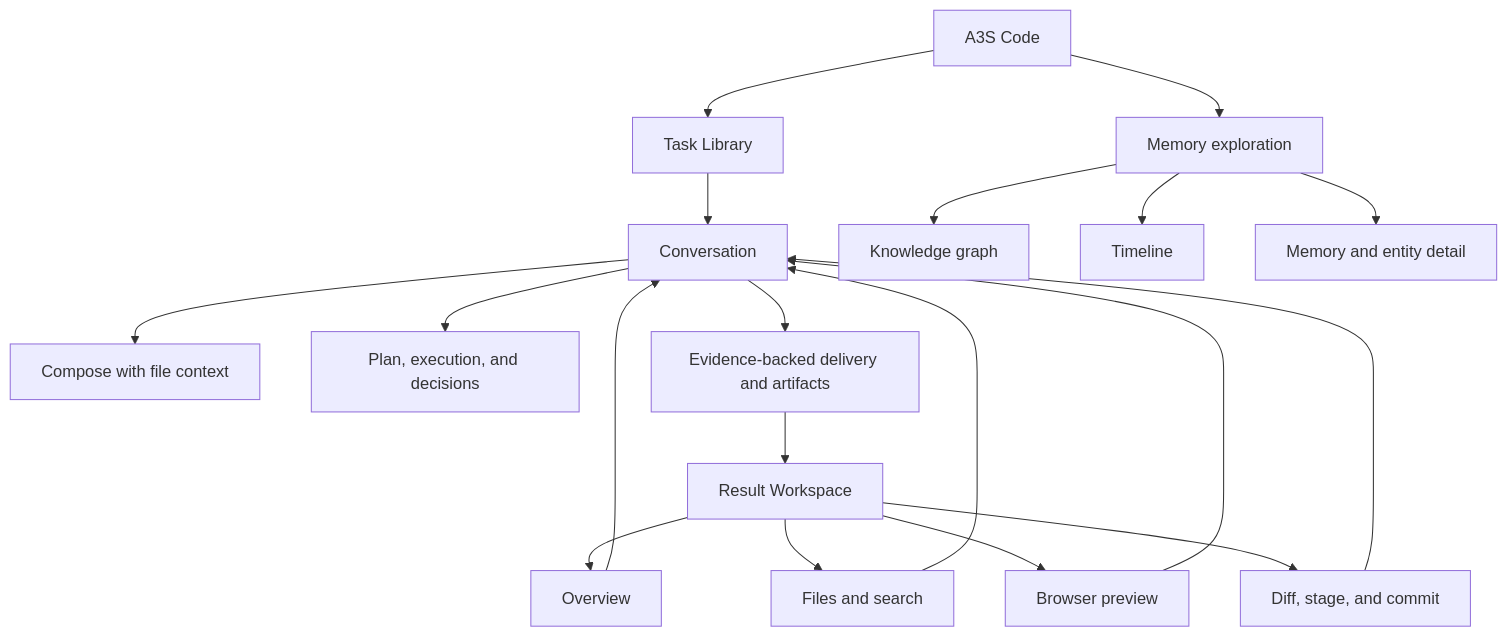
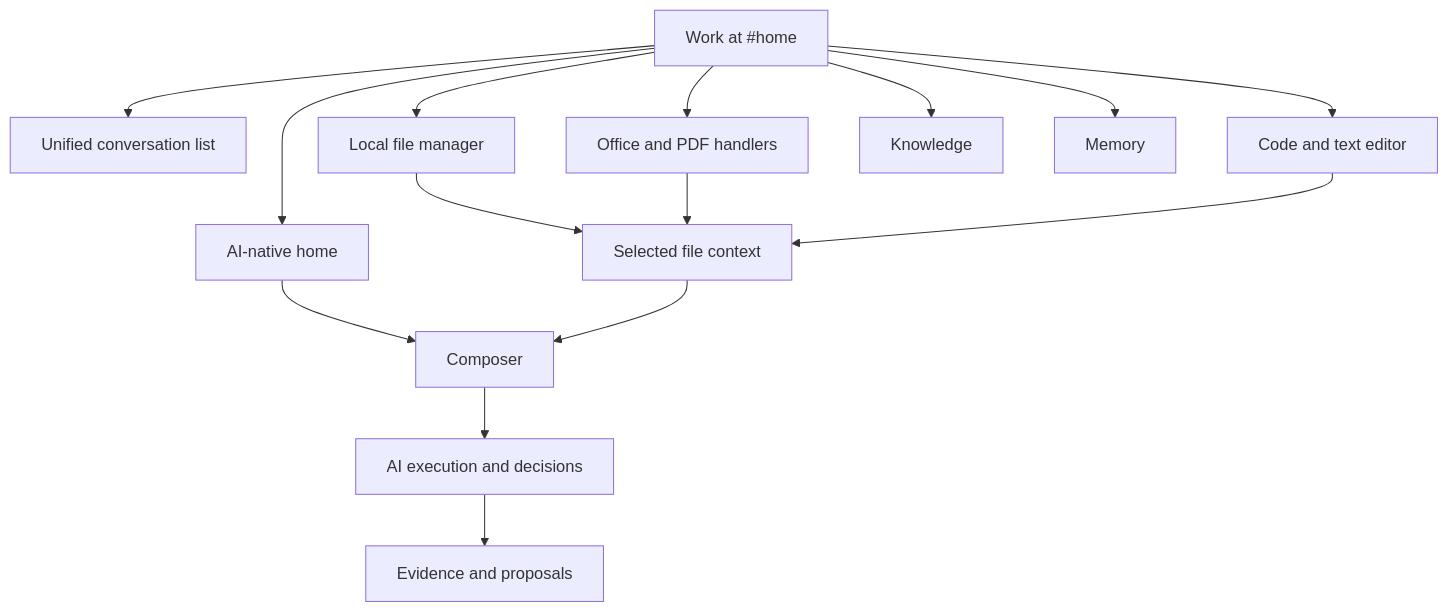
One commit to A3S-Lab/a3s changed the diagram in apps/web/docs/FUNCTIONAL_SPEC.md. Above: the diagram before and after it, drawn with Mermaid. The commit also changed other lines of this file and 107 other files, not shown here.

Commit message:
feat(web): unify work into an AI-native workspace

````diff
--- a/apps/web/docs/FUNCTIONAL_SPEC.md
+++ b/apps/web/docs/FUNCTIONAL_SPEC.md
@@ -44,22 +54,18 @@
 ```mermaid
 flowchart TB
-    Code[A3S Code]
-    Code --> Tasks[Task Library]
-    Tasks --> Conversation
-    Conversation --> Compose[Compose with file context]
-    Conversation --> Execute[Plan, execution, and decisions]
-    Conversation --> Deliver[Evidence-backed delivery and artifacts]
-    Deliver --> Results[Result Workspace]
-    Results --> Overview
-    Results --> Files[Files and search]
-    Results --> Browser[Browser preview]
-    Results --> Changes[Diff, stage, and commit]
-    Code --> Memory[Memory exploration]
-    Memory --> Graph[Knowledge graph]
-    Memory --> Timeline[Timeline]
-    Memory --> Inspector[Memory and entity detail]
-    Overview --> Conversation
-    Files --> Conversation
-    Browser --> Conversation
-    Changes --> Conversation
+    Work[Work at #home]
+    Work --> Sessions[Unified conversation list]
+    Work --> Home[AI-native home]
+    Work --> Files[Local file manager]
+    Work --> Office[Office and PDF handlers]
+    Work --> Code[Code and text editor]
+    Home --> Compose[Composer]
+    Files --> Context[Selected file context]
+    Office --> Context
+    Code --> Context
+    Context --> Compose
+    Compose --> Execute[AI execution and decisions]
+    Execute --> Evidence[Evidence and proposals]
+    Work --> Knowledge[Knowledge]
+    Work --> Memory[Memory]
 ```
````
